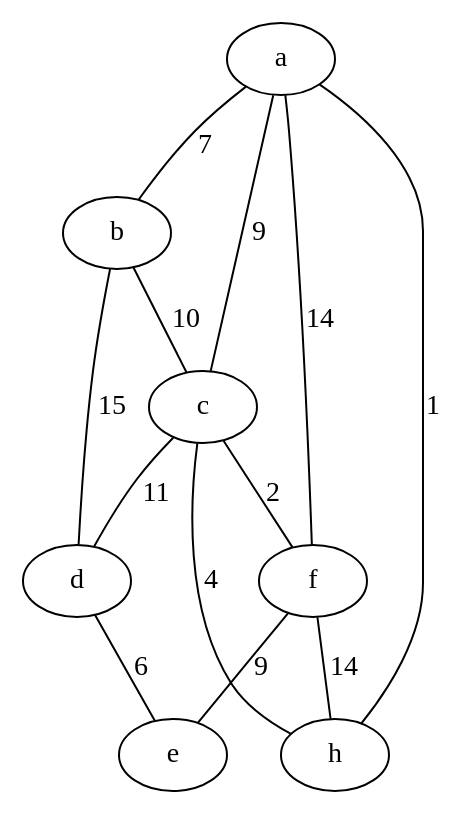
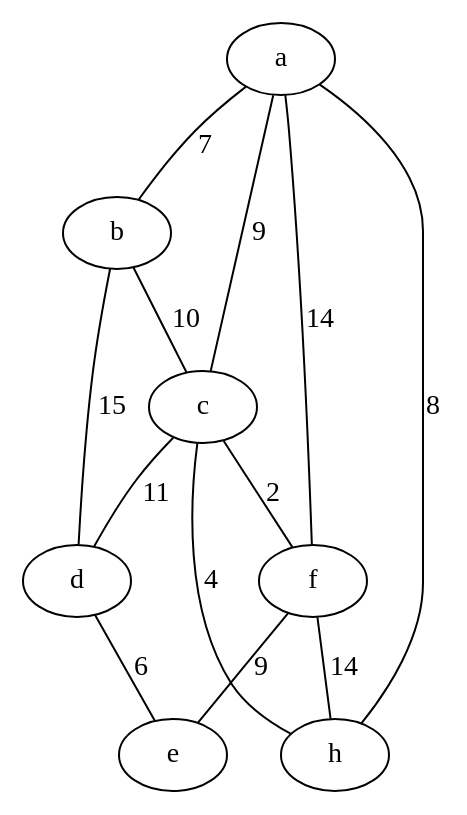
One commit to myjupyter/searching_graphs changed the diagram in graph.dot. Above: the diagram before and after it, drawn with Graphviz. The commit also changed 1 other file, not shown here.

```diff
--- a/graph.dot
+++ b/graph.dot
@@ -1,14 +1,14 @@
 graph G {
 	a -- b [label=7];
 	b -- c [label=10];
 	a -- c [label=9];	
 	c -- d [label=11];
 	b -- d [label=15];
 	d -- e [label=6];
 	f -- e [label=9];
 	a -- f [label=14];
 	c -- f [label=2];
-	h -- a [label=1];
+	h -- a [label=8];
 	f -- h [label=14];
 	h -- c [label=4];
 }
```
